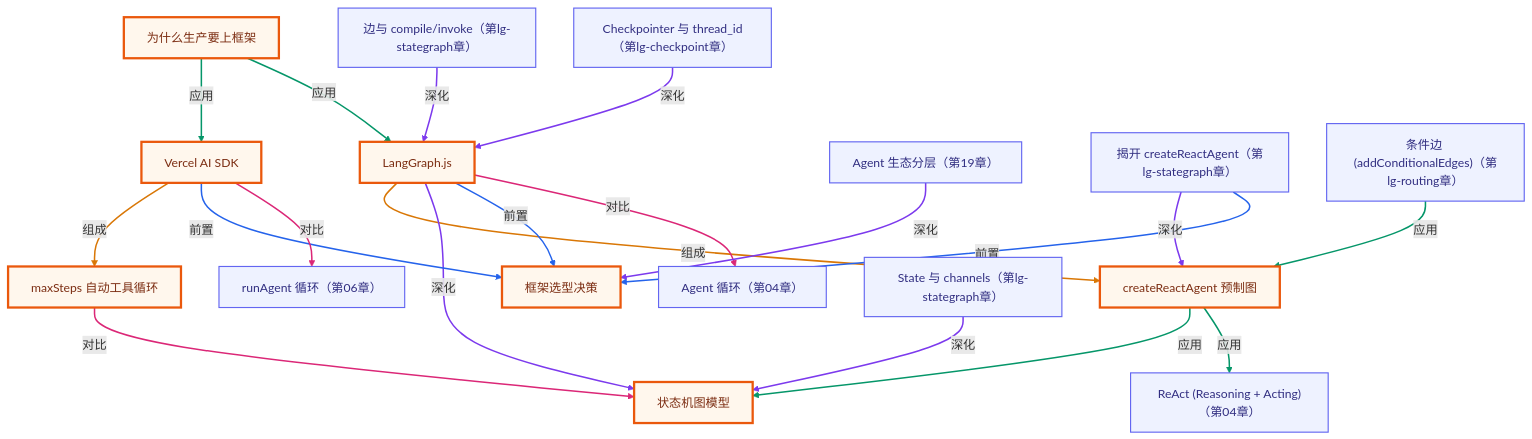
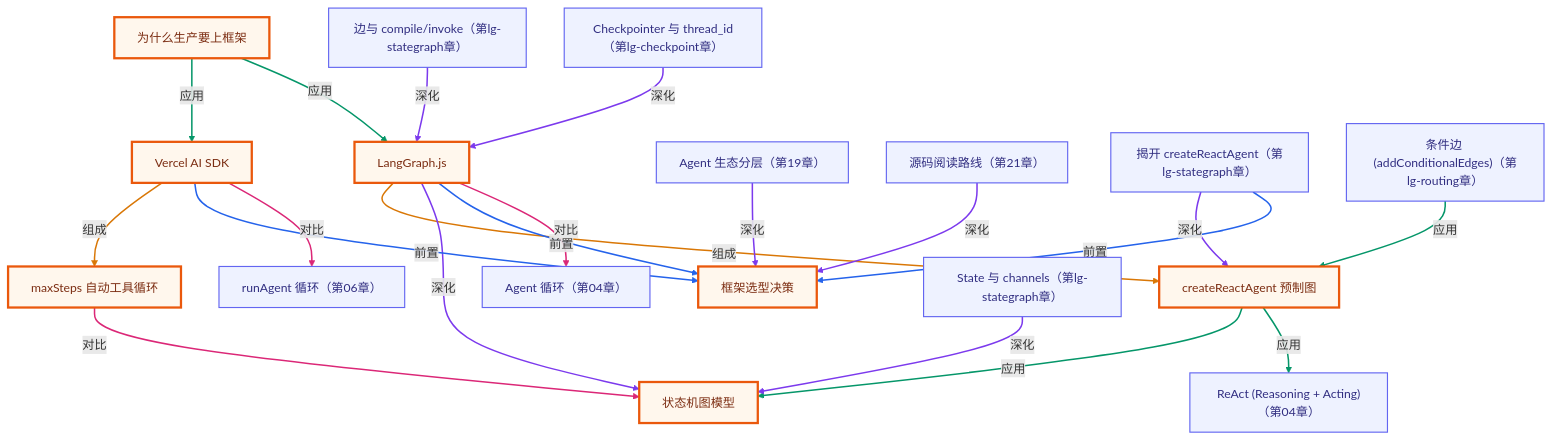
Before and after one commit to songuu/agent: the second of 2 diagrams in lessons/12-intro-to-frameworks/README.md, drawn with Mermaid. The commit also changed other lines of this file and 20 other files, not shown here.

````diff
--- a/lessons/12-intro-to-frameworks/README.md
+++ b/lessons/12-intro-to-frameworks/README.md
@@ -236,61 +236,64 @@
 ```mermaid
 graph TB
   classDef own fill:#fff7ed,stroke:#ea580c,stroke-width:3px,color:#7c2d12;
   classDef cross fill:#eef2ff,stroke:#6366f1,stroke-width:1.5px,color:#312e81;
   n_c12_why_frameworks["为什么生产要上框架"]
   n_c12_vercel_ai_sdk["Vercel AI SDK"]
   n_c12_max_steps["maxSteps 自动工具循环"]
   n_c12_langgraph["LangGraph.js"]
   n_c12_react_agent["createReactAgent 预制图"]
   n_c12_state_graph["状态机图模型"]
   n_c12_framework_choice["框架选型决策"]
   n_c06_run_agent_loop["runAgent 循环（第06章）"]
   n_c04_agent_loop["Agent 循环（第04章）"]
   n_c04_react["ReAct (Reasoning + Acting)（第04章）"]
   n_c19_ecosystem_layers["Agent 生态分层（第19章）"]
+  n_srca_reading_map["源码阅读路线（第21章）"]
   n_lgsg_vs_prebuilt["揭开 createReactAgent（第lg-stategraph章）"]
   n_lgsg_state_channels["State 与 channels（第lg-stategraph章）"]
   n_lgsg_edges_compile["边与 compile/invoke（第lg-stategraph章）"]
   n_lgrt_conditional_edge["条件边 (addConditionalEdges)（第lg-routing章）"]
   n_lgcp_checkpointer["Checkpointer 与 thread_id（第lg-checkpoint章）"]
   n_c12_why_frameworks -->|应用| n_c12_vercel_ai_sdk
   n_c12_why_frameworks -->|应用| n_c12_langgraph
   n_c12_vercel_ai_sdk -->|组成| n_c12_max_steps
   n_c12_langgraph -->|组成| n_c12_react_agent
   n_c12_langgraph -->|深化| n_c12_state_graph
   n_c12_react_agent -->|应用| n_c12_state_graph
   n_c12_max_steps -->|对比| n_c12_state_graph
   n_c12_vercel_ai_sdk -->|前置| n_c12_framework_choice
   n_c12_langgraph -->|前置| n_c12_framework_choice
   n_c12_vercel_ai_sdk -->|对比| n_c06_run_agent_loop
   n_c12_langgraph -->|对比| n_c04_agent_loop
   n_c12_react_agent -->|应用| n_c04_react
   n_c19_ecosystem_layers -->|深化| n_c12_framework_choice
+  n_srca_reading_map -->|深化| n_c12_framework_choice
   n_lgsg_vs_prebuilt -->|深化| n_c12_react_agent
   n_lgsg_state_channels -->|深化| n_c12_state_graph
   n_lgsg_edges_compile -->|深化| n_c12_langgraph
   n_lgsg_vs_prebuilt -->|前置| n_c12_framework_choice
   n_lgrt_conditional_edge -->|应用| n_c12_react_agent
   n_lgcp_checkpointer -->|深化| n_c12_langgraph
   class n_c12_why_frameworks,n_c12_vercel_ai_sdk,n_c12_max_steps,n_c12_langgraph,n_c12_react_agent,n_c12_state_graph,n_c12_framework_choice own;
-  class n_c06_run_agent_loop,n_c04_agent_loop,n_c04_react,n_c19_ecosystem_layers,n_lgsg_vs_prebuilt,n_lgsg_state_channels,n_lgsg_edges_compile,n_lgrt_conditional_edge,n_lgcp_checkpointer cross;
+  class n_c06_run_agent_loop,n_c04_agent_loop,n_c04_react,n_c19_ecosystem_layers,n_srca_reading_map,n_lgsg_vs_prebuilt,n_lgsg_state_channels,n_lgsg_edges_compile,n_lgrt_conditional_edge,n_lgcp_checkpointer cross;
   linkStyle 0 stroke:#059669,stroke-width:2px;
   linkStyle 1 stroke:#059669,stroke-width:2px;
   linkStyle 2 stroke:#d97706,stroke-width:2px;
   linkStyle 3 stroke:#d97706,stroke-width:2px;
   linkStyle 4 stroke:#7c3aed,stroke-width:2px;
   linkStyle 5 stroke:#059669,stroke-width:2px;
   linkStyle 6 stroke:#db2777,stroke-width:2px;
   linkStyle 7 stroke:#2563eb,stroke-width:2px;
   linkStyle 8 stroke:#2563eb,stroke-width:2px;
   linkStyle 9 stroke:#db2777,stroke-width:2px;
   linkStyle 10 stroke:#db2777,stroke-width:2px;
   linkStyle 11 stroke:#059669,stroke-width:2px;
   linkStyle 12 stroke:#7c3aed,stroke-width:2px;
   linkStyle 13 stroke:#7c3aed,stroke-width:2px;
   linkStyle 14 stroke:#7c3aed,stroke-width:2px;
   linkStyle 15 stroke:#7c3aed,stroke-width:2px;
-  linkStyle 16 stroke:#2563eb,stroke-width:2px;
-  linkStyle 17 stroke:#059669,stroke-width:2px;
-  linkStyle 18 stroke:#7c3aed,stroke-width:2px;
+  linkStyle 16 stroke:#7c3aed,stroke-width:2px;
+  linkStyle 17 stroke:#2563eb,stroke-width:2px;
+  linkStyle 18 stroke:#059669,stroke-width:2px;
+  linkStyle 19 stroke:#7c3aed,stroke-width:2px;
 ```
````
